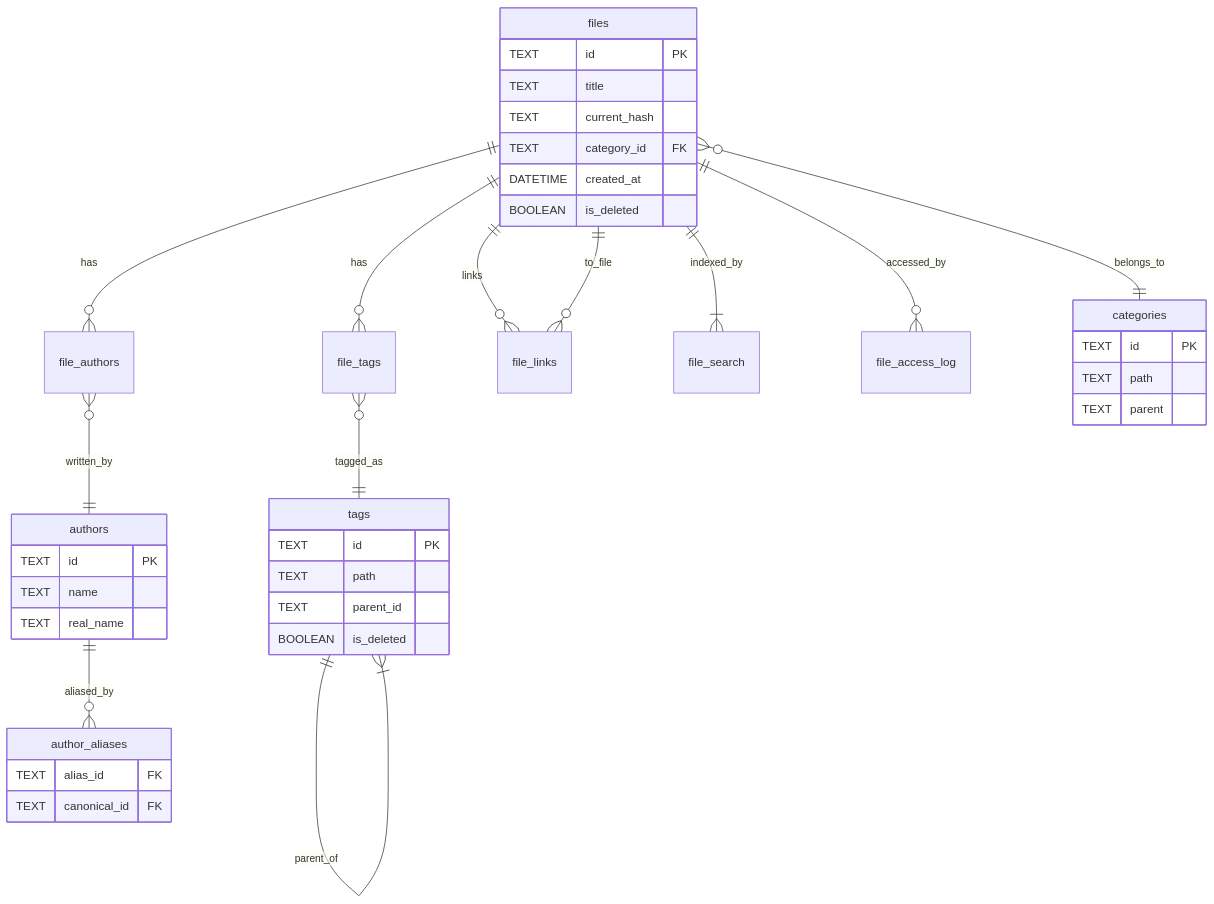
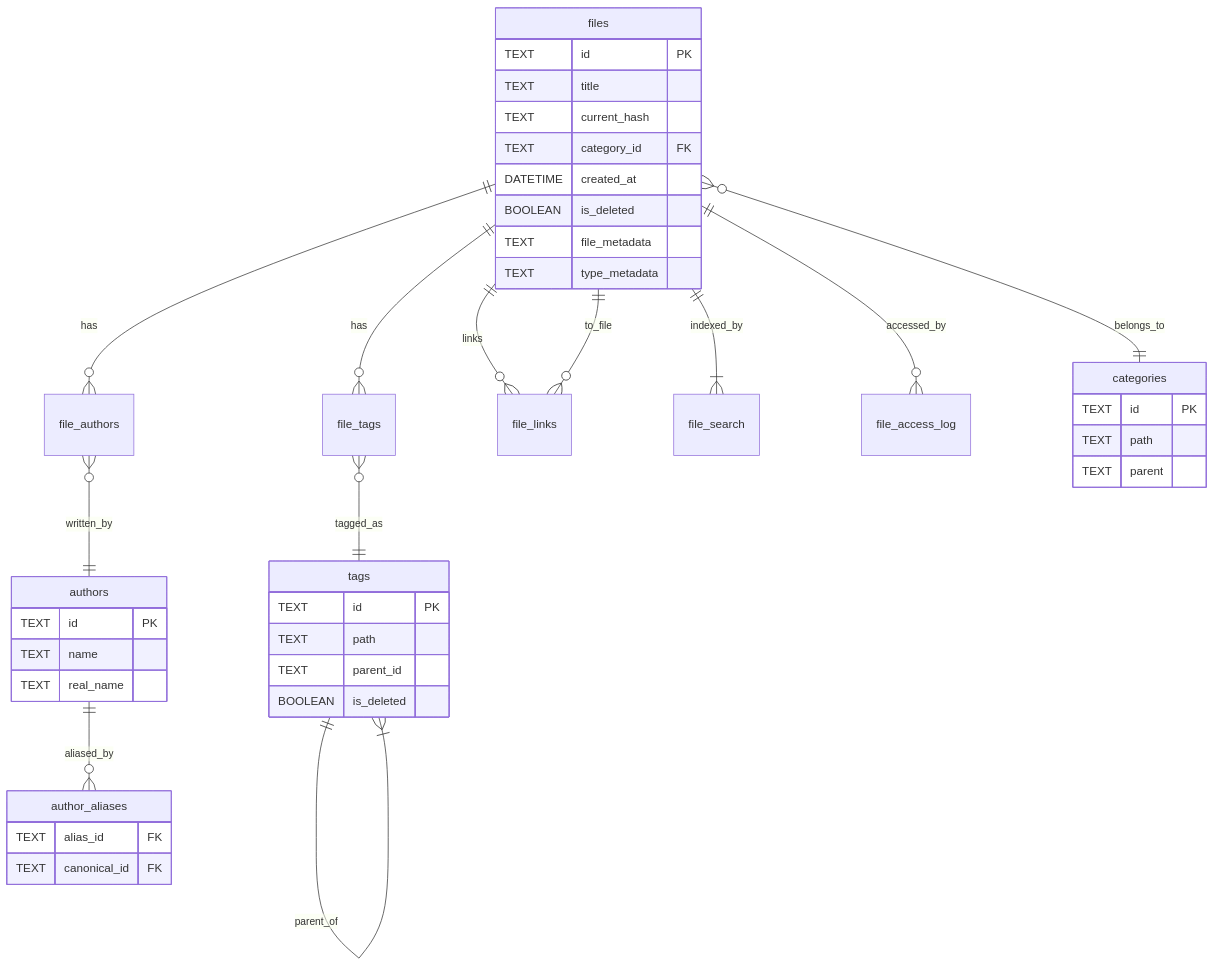
The diagram in docs/database.md (nerdneilsfield/tagbox), drawn with Mermaid before and after one commit. The commit also changed other lines of this file and 11 other files, not shown here.

````diff
--- a/docs/database.md
+++ b/docs/database.md
@@ -3,50 +3,52 @@
 ```mermaid
 erDiagram
   files ||--o{ file_tags : has
   files ||--o{ file_authors : has
   files ||--o{ file_links : links
   files ||--|{ file_search : indexed_by
   files ||--o{ file_access_log : accessed_by
   files }o--|| categories : belongs_to
 
   file_tags }o--|| tags : tagged_as
   tags ||--|{ tags : parent_of
 
   file_authors }o--|| authors : written_by
   authors ||--o{ author_aliases : aliased_by
 
   file_links }o--|| files : to_file
 
   files {
     TEXT id PK
     TEXT title
     TEXT current_hash
     TEXT category_id FK
     DATETIME created_at
     BOOLEAN is_deleted
+    TEXT file_metadata
+    TEXT type_metadata
   }
 
   categories {
     TEXT id PK
     TEXT path
     TEXT parent
   }
 
   tags {
     TEXT id PK
     TEXT path
     TEXT parent_id
     BOOLEAN is_deleted
   }
 
   authors {
     TEXT id PK
     TEXT name
     TEXT real_name
   }
 
   author_aliases {
     TEXT alias_id FK
     TEXT canonical_id FK
   }
 ```
````
